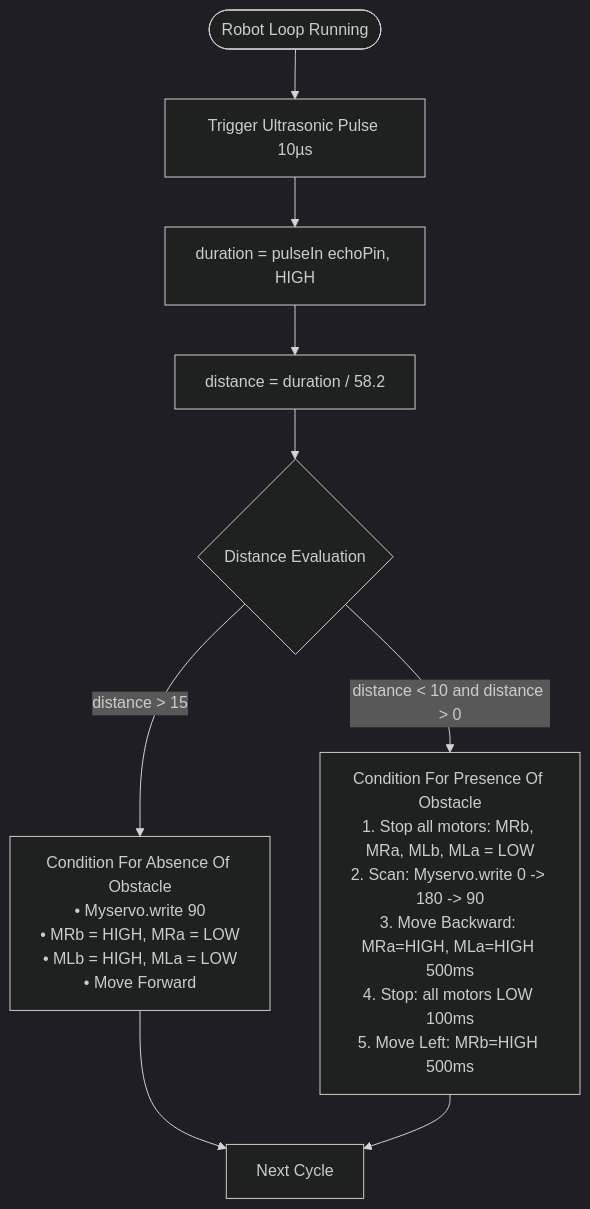
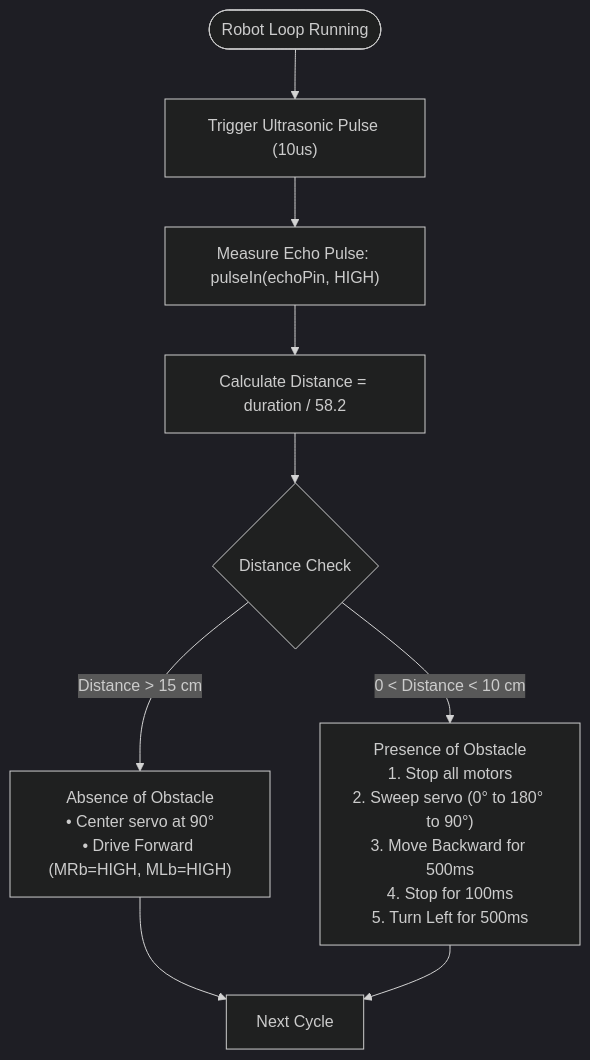
One commit to Tijil-Das/Micro-Assets changed the diagram in CS-Exhibition/Obstacle Avoidance Robot/Content.md. Above: the diagram before and after it, drawn with Mermaid (dark theme). The commit also changed 7 other files, not shown here.

Commit message:
fix(docs): fix mermaid syntax error for github rich display rendering

````diff
--- a/CS-Exhibition/Obstacle Avoidance Robot/Content.md
+++ b/CS-Exhibition/Obstacle Avoidance Robot/Content.md
@@ -120,13 +120,13 @@
 ```mermaid
 flowchart TD
-    Start([Robot Loop Running]) --> Pulse[Trigger Ultrasonic Pulse 10µs]
-    Pulse --> ReadEcho[duration = pulseIn echoPin, HIGH]
-    ReadEcho --> CalcDist[distance = duration / 58.2]
-    CalcDist --> Condition{Distance Evaluation}
+    Start(["Robot Loop Running"]) --> Pulse["Trigger Ultrasonic Pulse (10us)"]
+    Pulse --> ReadEcho["Measure Echo Pulse: pulseIn(echoPin, HIGH)"]
+    ReadEcho --> CalcDist["Calculate Distance = duration / 58.2"]
+    CalcDist --> Condition{"Distance Check"}
 
-    Condition -->|distance > 15| ClearPath[Condition For Absence Of Obstacle\n• Myservo.write 90\n• MRb = HIGH, MRa = LOW\n• MLb = HIGH, MLa = LOW\n• Move Forward]
-    ClearPath --> Next[Next Cycle]
+    Condition -->|"Distance > 15 cm"| ClearPath["Absence of Obstacle<br/>• Center servo at 90°<br/>• Drive Forward (MRb=HIGH, MLb=HIGH)"]
+    ClearPath --> NextCycle["Next Cycle"]
 
-    Condition -->|distance < 10 and distance > 0| ObstacleDetected[Condition For Presence Of Obstacle\n1. Stop all motors: MRb, MRa, MLb, MLa = LOW\n2. Scan: Myservo.write 0 -> 180 -> 90\n3. Move Backward: MRa=HIGH, MLa=HIGH 500ms\n4. Stop: all motors LOW 100ms\n5. Move Left: MRb=HIGH 500ms]
-    ObstacleDetected --> Next
+    Condition -->|"0 < Distance < 10 cm"| ObstacleDetected["Presence of Obstacle<br/>1. Stop all motors<br/>2. Sweep servo (0° to 180° to 90°)<br/>3. Move Backward for 500ms<br/>4. Stop for 100ms<br/>5. Turn Left for 500ms"]
+    ObstacleDetected --> NextCycle
 ```
````
